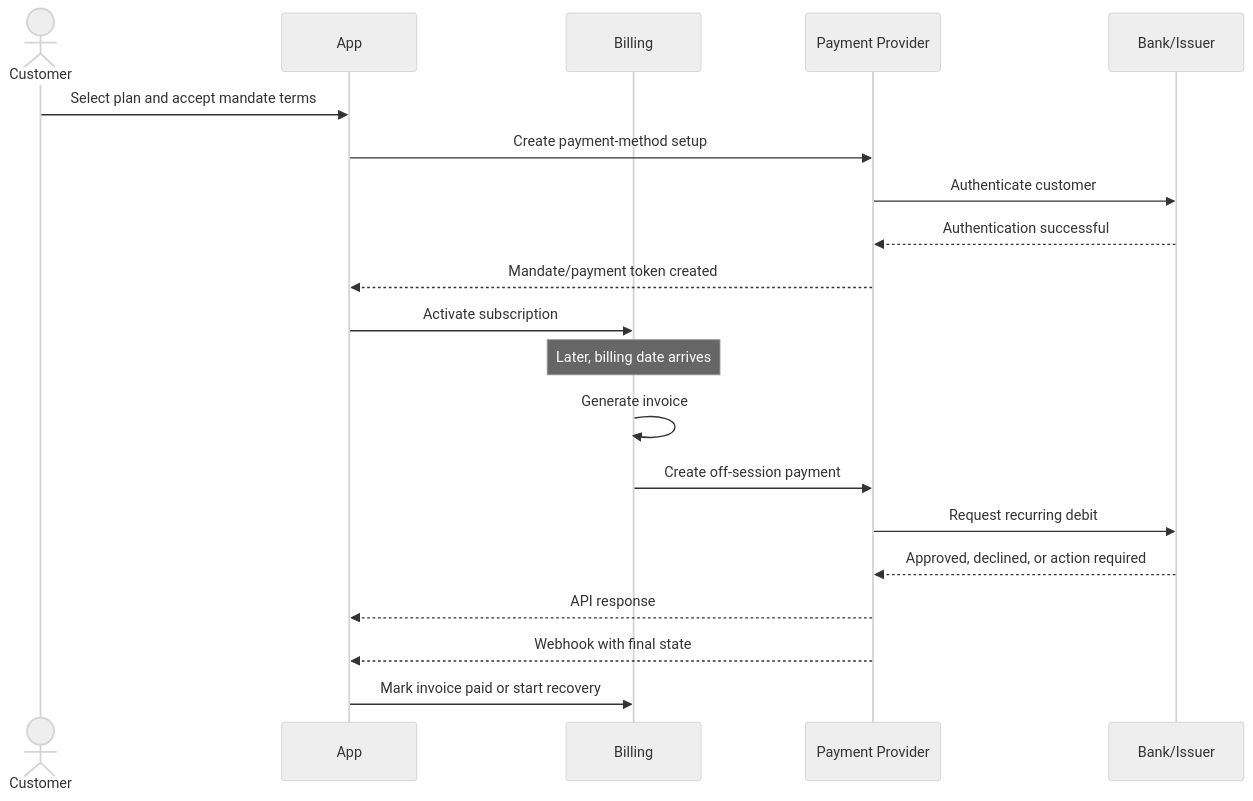
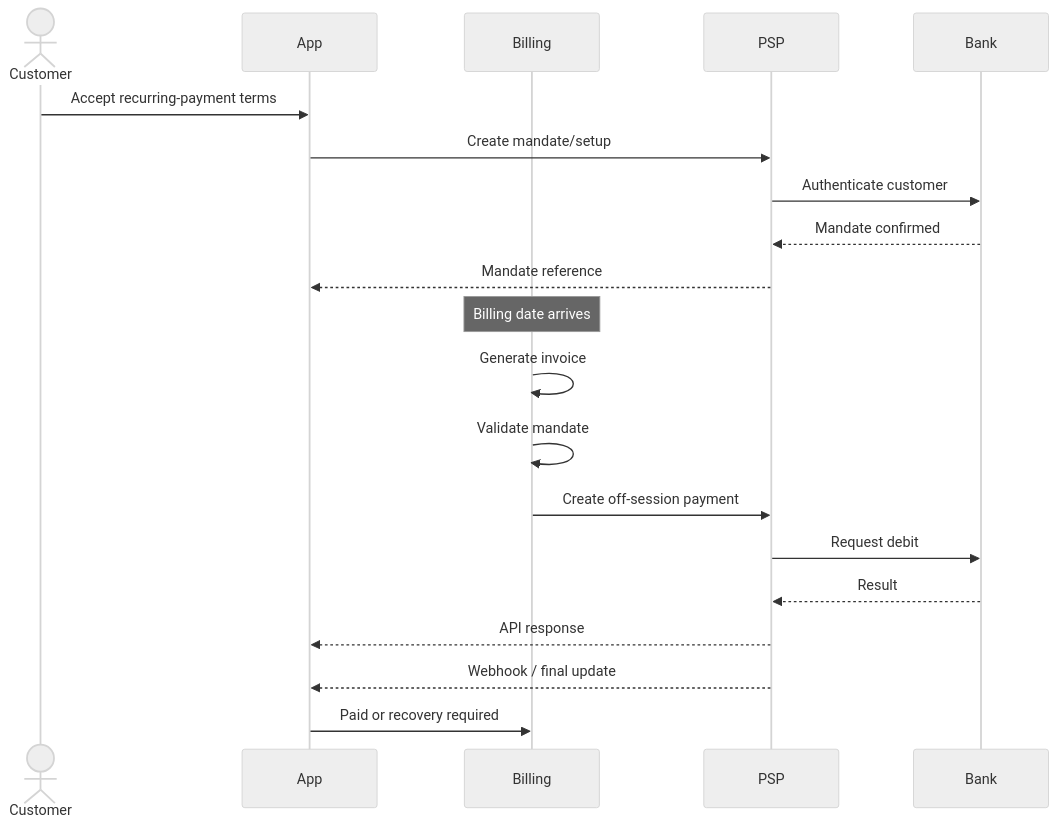
One commit to AvadhBhalodiya/Interview-Preparation changed the fifth of 14 diagrams in src/content/payments/mandates-recurring.md. Above: the diagram before and after it, drawn with Mermaid (neutral theme). The commit also changed other lines of this file and 54 other files, not shown here.

````diff
--- a/src/content/payments/mandates-recurring.md
+++ b/src/content/payments/mandates-recurring.md
@@ -355,25 +246,24 @@
 ```mermaid
 sequenceDiagram
     actor Customer
     participant App
     participant Billing
-    participant PSP as Payment Provider
-    participant Issuer as Bank/Issuer
+    participant PSP
+    participant Bank
 
-    Customer->>App: Select plan and accept mandate terms
-    App->>PSP: Create payment-method setup
-    PSP->>Issuer: Authenticate customer
-    Issuer-->>PSP: Authentication successful
-    PSP-->>App: Mandate/payment token created
-    App->>Billing: Activate subscription
+    Customer->>App: Accept recurring-payment terms
+    App->>PSP: Create mandate/setup
+    PSP->>Bank: Authenticate customer
+    Bank-->>PSP: Mandate confirmed
+    PSP-->>App: Mandate reference
 
-    Note over Billing: Later, billing date arrives
-
+    Note over Billing: Billing date arrives
     Billing->>Billing: Generate invoice
+    Billing->>Billing: Validate mandate
     Billing->>PSP: Create off-session payment
-    PSP->>Issuer: Request recurring debit
-    Issuer-->>PSP: Approved, declined, or action required
+    PSP->>Bank: Request debit
+    Bank-->>PSP: Result
     PSP-->>App: API response
-    PSP-->>App: Webhook with final state
-    App->>Billing: Mark invoice paid or start recovery
+    PSP-->>App: Webhook / final update
+    App->>Billing: Paid or recovery required
 ```
````
